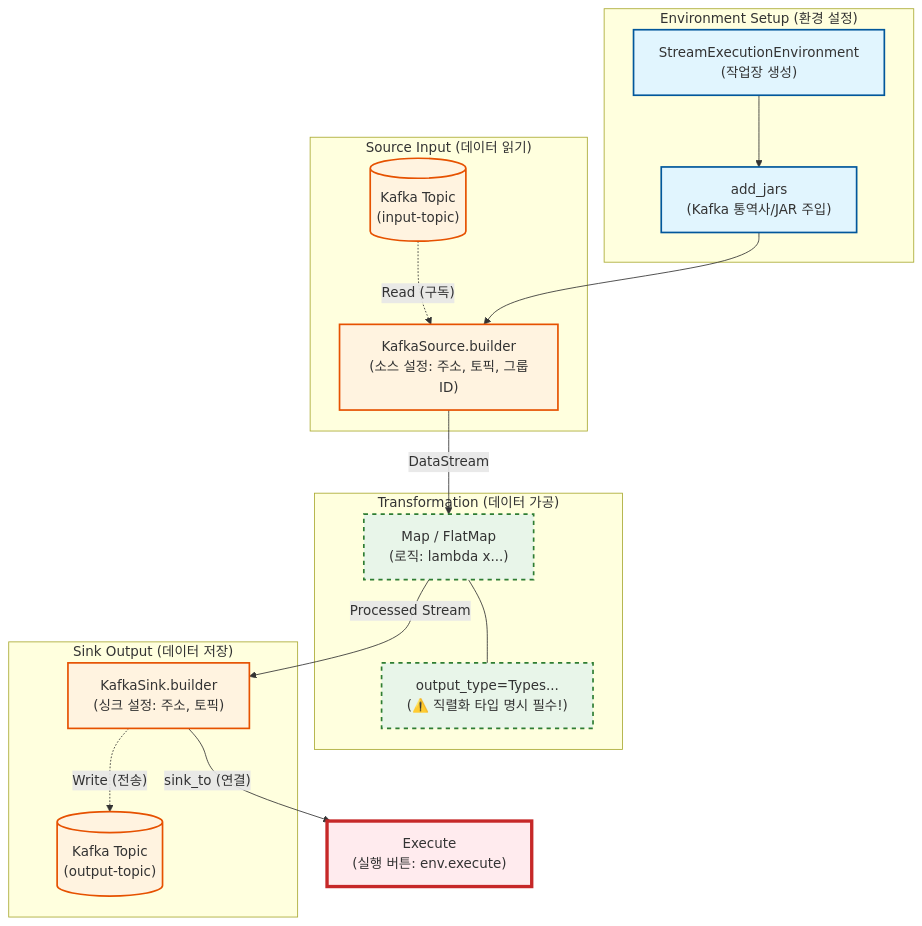
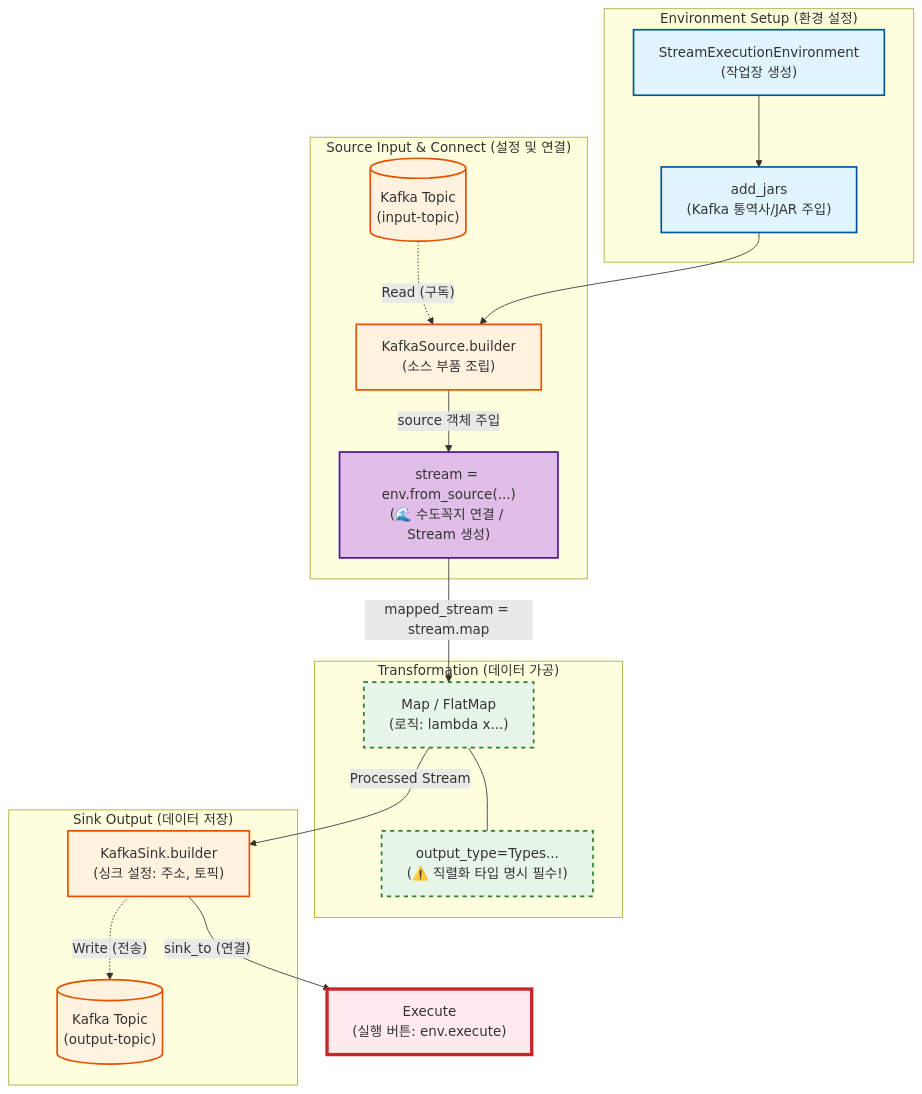
The second of 2 diagrams in 20_Wiki/22_Data_Processing/Flink/01_Apache Flink_Flow.md (hgim96715-lgtm/gong_home), drawn with Mermaid before and after one commit. The commit also changed 8 other files, not shown here.

````diff
--- a/20_Wiki/22_Data_Processing/Flink/01_Apache Flink_Flow.md
+++ b/20_Wiki/22_Data_Processing/Flink/01_Apache Flink_Flow.md
@@ -101,51 +101,58 @@
 ```mermaid
 graph TD
     %% 스타일 정의 (색상 테마)
     classDef env fill:#e1f5fe,stroke:#01579b,stroke-width:2px;
     classDef kafka fill:#fff3e0,stroke:#e65100,stroke-width:2px;
     classDef logic fill:#e8f5e9,stroke:#2e7d32,stroke-width:2px,stroke-dasharray: 5 5;
     classDef exec fill:#ffebee,stroke:#c62828,stroke-width:4px;
+    classDef stream fill:#e1bee7,stroke:#4a148c,stroke-width:2px,stroke-dasharray: 0;
 
     %% 1. Environment (준비)
     subgraph Step1 ["Environment Setup (환경 설정)"]
         Env["StreamExecutionEnvironment<br/>(작업장 생성)"]
         Jar["add_jars<br/>(Kafka 통역사/JAR 주입)"]
         Env --> Jar
     end
 
-    %% 2. Source (입력)
-    subgraph Step2 [" Source Input (데이터 읽기)"]
+    %% 2. Source (입력 & 연결) - 여기가 변경됨! ⭐️
+    subgraph Step2 [" Source Input & Connect (설정 및 연결)"]
         KafkaIn[("Kafka Topic<br/>(input-topic)")]
-        SourceCode["KafkaSource.builder<br/>(소스 설정: 주소, 토픽, 그룹ID)"]
+        SourceCode["KafkaSource.builder<br/>(소스 부품 조립)"]
+        
+        %% ⭐️ 추가된 핵심 노드
+        StreamInit["stream = env.from_source(...)<br/>(🌊 수도꼭지 연결 / Stream 생성)"]
+        
         KafkaIn -.->|"Read (구독)"| SourceCode
+        SourceCode -->|"source 객체 주입"| StreamInit
     end
 
     %% 3. Transformation (가공)
-    subgraph Step3 ["Transformation (데이터 가공)"]
+    subgraph Step3 [" Transformation (데이터 가공)"]
         Map["Map / FlatMap<br/>(로직: lambda x...)"]
         TypeInfo["output_type=Types...<br/>(⚠️ 직렬화 타입 명시 필수!)"]
         Map --- TypeInfo
     end
 
     %% 4. Sink (출력)
     subgraph Step4 ["Sink Output (데이터 저장)"]
         SinkCode["KafkaSink.builder<br/>(싱크 설정: 주소, 토픽)"]
         KafkaOut[("Kafka Topic<br/>(output-topic)")]
         SinkCode -.->|"Write (전송)"| KafkaOut
     end
 
     %% 5. Execute (실행)
-    Step5["Execute<br/>(실행 버튼: env.execute)"]
+    Step5[" Execute<br/>(실행 버튼: env.execute)"]
 
     %% 전체 흐름 연결
     Jar --> SourceCode
-    SourceCode -->|DataStream| Map
+    StreamInit -->|mapped_stream = stream.map| Map
     Map -->|Processed Stream| SinkCode
     SinkCode -->|"sink_to (연결)"| Step5
 
     %% 스타일 적용
     class Env,Jar env;
     class KafkaIn,KafkaOut,SourceCode,SinkCode kafka;
     class Map,TypeInfo logic;
     class Step5 exec;
+    class StreamInit stream;
 ```
````
